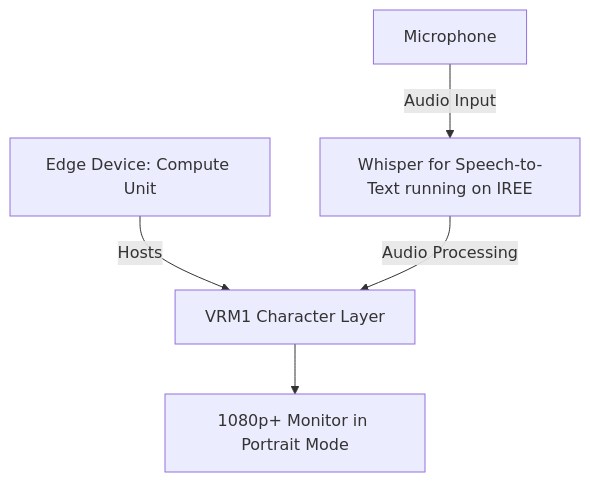
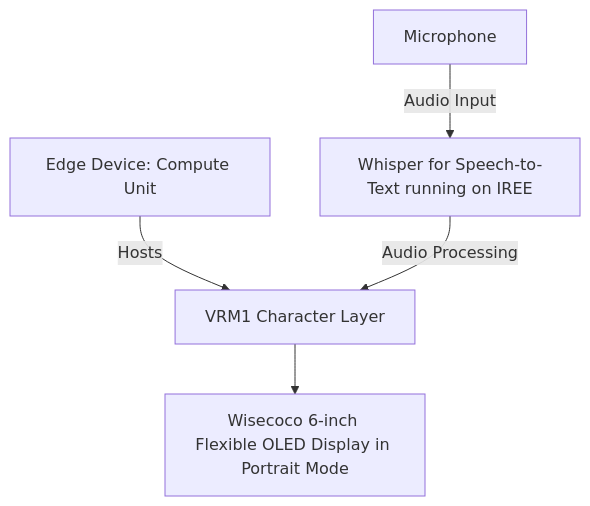
One commit to V-Sekai/manuals changed the diagram in prototypes/20230908-bendable-screen-generative-assistant.md. Above: the diagram before and after it, drawn with Mermaid. The commit also changed other lines of this file, not shown here.

````diff
--- a/prototypes/20230908-bendable-screen-generative-assistant.md
+++ b/prototypes/20230908-bendable-screen-generative-assistant.md
@@ -46,7 +45,7 @@
 ```mermaid
 graph TD
 A[Edge Device: Compute Unit] -->|Hosts| B[VRM1 Character Layer]
 C[Whisper for Speech-to-Text running on IREE] -- Audio Processing --> B
-B --> D[1080p+ Monitor in Portrait Mode]
+B --> D[Wisecoco 6-inch Flexible OLED Display in Portrait Mode]
 E[Microphone] -- Audio Input --> C
 ```
````
